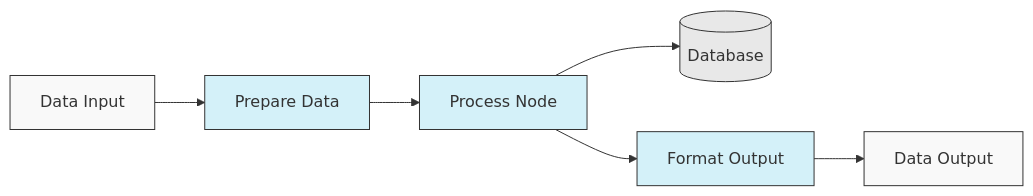
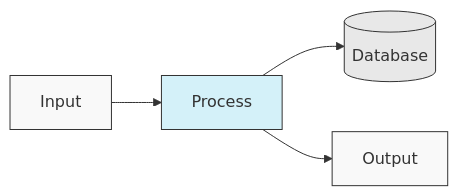
The first of 3 diagrams in README.md (AgentDock/AgentDock), drawn with Mermaid before and after one commit. The commit also changed other lines of this file and 6 other files, not shown here.

````diff
--- a/README.md
+++ b/README.md
@@ -35,15 +43,11 @@
 ```mermaid
 flowchart LR
-  Input[Data Input] --> Prepare[Prepare Data] 
-  Prepare --> Process[Process Node]
+  Input[Input] --> Process[Process]
   Process --> Database[(Database)]
-  Process --> Format[Format Output]
-  Format --> Output[Data Output]
+  Process --> Output[Output]
   
   style Input fill:#f9f9f9,stroke:#333,stroke-width:1px
   style Output fill:#f9f9f9,stroke:#333,stroke-width:1px
   style Process fill:#d4f1f9,stroke:#333,stroke-width:1px
-  style Prepare fill:#d4f1f9,stroke:#333,stroke-width:1px 
-  style Format fill:#d4f1f9,stroke:#333,stroke-width:1px
   style Database fill:#e8e8e8,stroke:#333,stroke-width:1px
 ```
````
